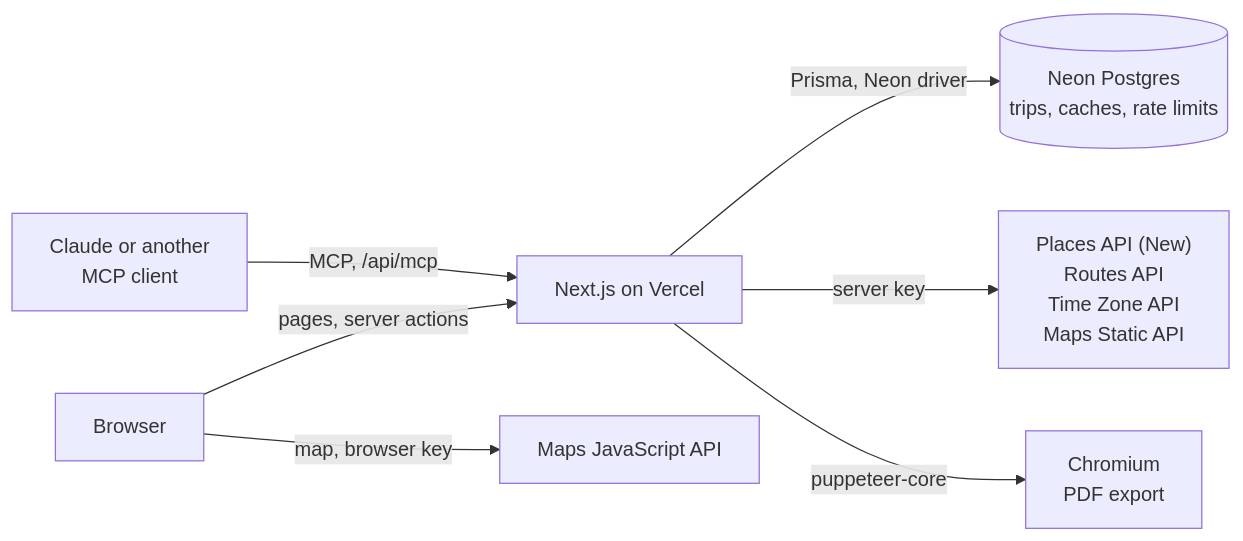
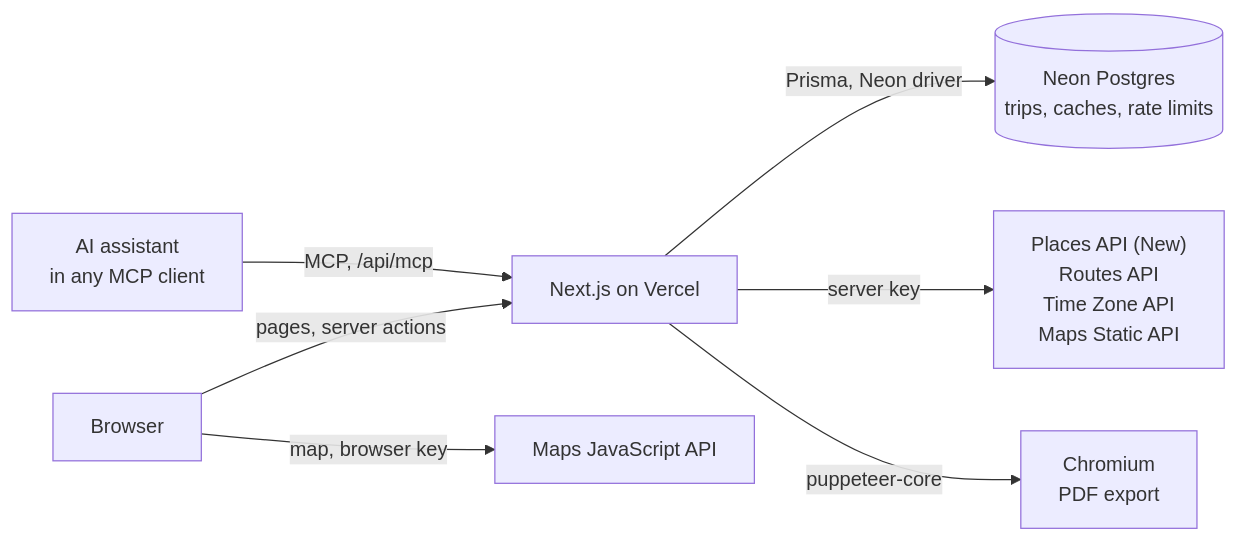
One commit to viciousbuilders/plan2go changed the diagram in README.md. Above: the diagram before and after it, drawn with Mermaid. The commit also changed other lines of this file and 4 other files, not shown here.

````diff
--- a/README.md
+++ b/README.md
@@ -39,9 +39,9 @@
 ```mermaid
 flowchart LR
   B["Browser"] -- "pages, server actions" --> A["Next.js on Vercel"]
-  M["Claude or another<br/>MCP client"] -- "MCP, /api/mcp" --> A
+  M["AI assistant<br/>in any MCP client"] -- "MCP, /api/mcp" --> A
   B -- "map, browser key" --> J["Maps JavaScript API"]
   A -- "Prisma, Neon driver" --> D[("Neon Postgres<br/>trips, caches, rate limits")]
   A -- "server key" --> G["Places API (New)<br/>Routes API<br/>Time Zone API<br/>Maps Static API"]
   A -- "puppeteer-core" --> C["Chromium<br/>PDF export"]
 ```
````
